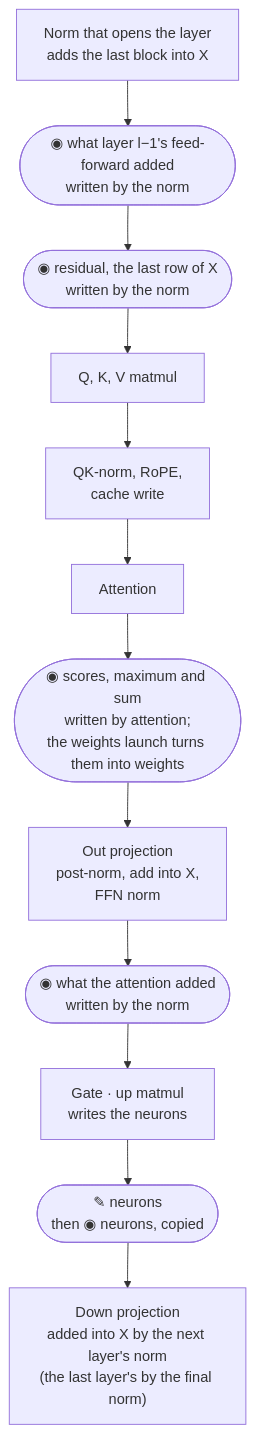
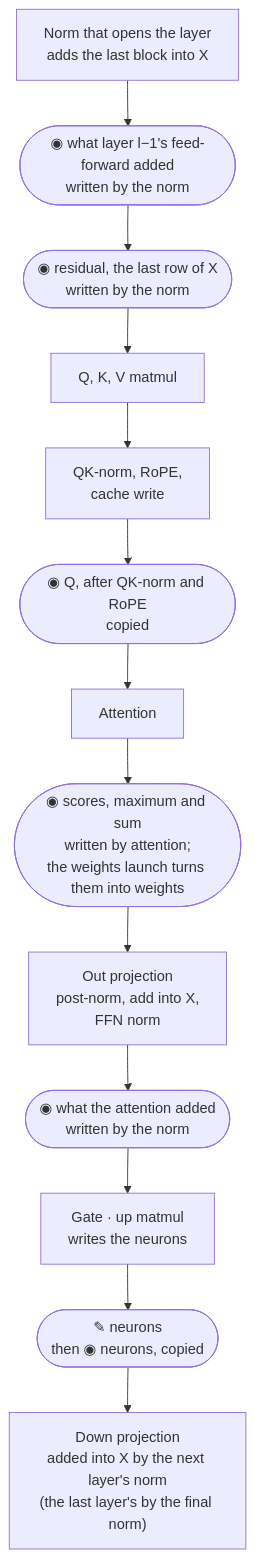
Before and after one commit to plainsight-systems/frizzle: the fourth of 7 diagrams in docs/architecture/logical-overview.md, drawn with Mermaid. The commit also changed other lines of this file and 18 other files, not shown here.

````diff
--- a/docs/architecture/logical-overview.md
+++ b/docs/architecture/logical-overview.md
@@ -129,16 +129,17 @@
 ```mermaid
 flowchart TD
   N1["Norm that opens the layer<br/>adds the last block into X"]
   MA(["◉ what layer l−1's feed-forward added<br/>written by the norm"])
   X(["◉ residual, the last row of X<br/>written by the norm"])
   QKV["Q, K, V matmul"]
   R["QK-norm, RoPE,<br/>cache write"]
+  Q(["◉ Q, after QK-norm and RoPE<br/>copied"])
   A["Attention"]
   AW(["◉ scores, maximum and sum<br/>written by attention;<br/>the weights launch turns them into weights"])
   O["Out projection<br/>post-norm, add into X,<br/>FFN norm"]
   AA(["◉ what the attention added<br/>written by the norm"])
   GU["Gate · up matmul<br/>writes the neurons"]
   E(["✎ neurons<br/>then ◉ neurons, copied"])
   D["Down projection<br/>added into X by the next layer's norm<br/>(the last layer's by the final norm)"]
-  N1 --> MA --> X --> QKV --> R --> A --> AW --> O --> AA --> GU --> E --> D
+  N1 --> MA --> X --> QKV --> R --> Q --> A --> AW --> O --> AA --> GU --> E --> D
 ```
````
